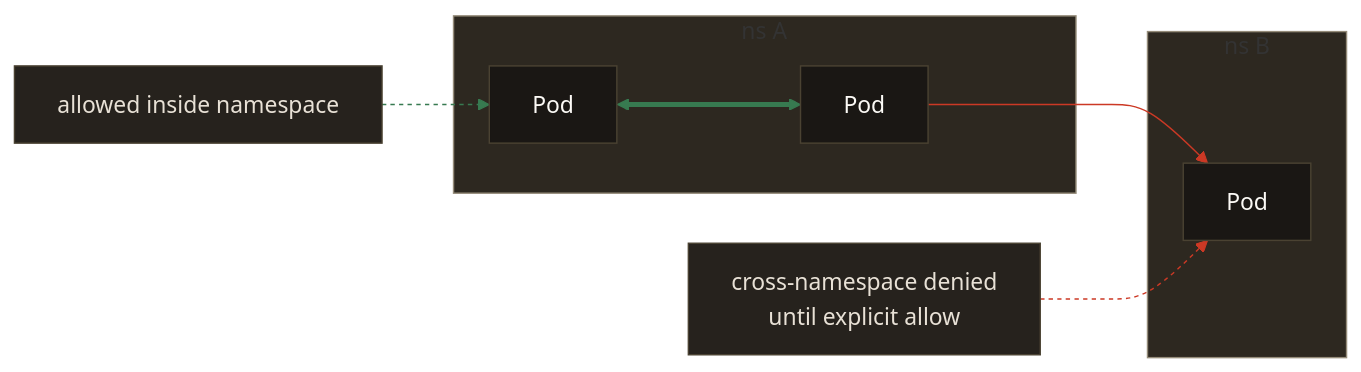
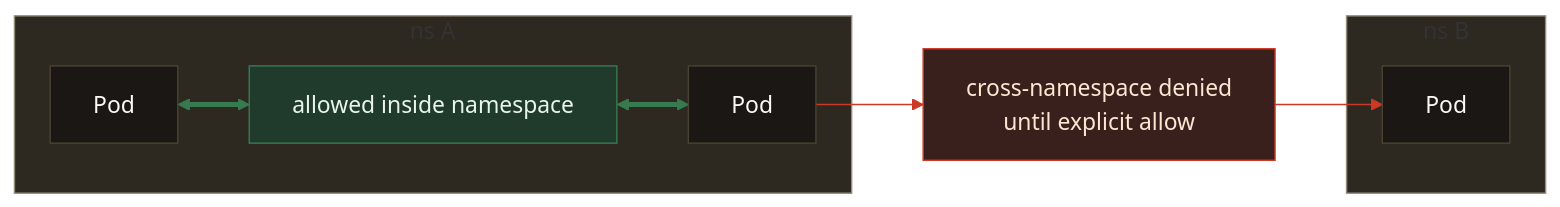
One commit to yu-min3/kensan-lab changed the second of 3 diagrams in kubernetes/network/README.md. Above: the diagram before and after it, drawn with Mermaid (forest theme). The commit also changed other lines of this file, not shown here.

Commit message:
docs: Network図の関係ラベルを中間ノード化

````diff
--- a/kubernetes/network/README.md
+++ b/kubernetes/network/README.md
@@ -66,27 +66,24 @@
 ```mermaid
 %%{init: {"flowchart": {"htmlLabels": false}} }%%
 flowchart LR
     subgraph nsA["ns A"]
-        A1[Pod] <==> A2[Pod]
+        A1[Pod] <==> AL["allowed inside namespace"] <==> A2[Pod]
     end
     subgraph nsB["ns B"]
         B1[Pod]
     end
-    A2 --> B1
-
-    AL["allowed inside namespace"]
-    DN["cross-namespace denied<br/>until explicit allow"]
-    AL -.-> A1
-    DN -.-> B1
+    A2 --> DN["cross-namespace denied<br/>until explicit allow"] --> B1
 
     style nsA fill:#2D2820,stroke:#948B79,color:#FCFAF6
     style nsB fill:#2D2820,stroke:#948B79,color:#FCFAF6
     classDef pod fill:#1A1714,stroke:#4A4232,color:#FCFAF6
-    classDef note fill:#26221D,stroke:#4A4232,color:#E8E1D6
+    classDef allowLabel fill:#203A2B,stroke:#377A50,color:#E8F5EC
+    classDef denyLabel fill:#3A201C,stroke:#CC3925,color:#FBE7D2
     class A1,A2,B1 pod
-    class AL,DN note
+    class AL allowLabel
+    class DN denyLabel
     linkStyle 0 stroke:#377A50,color:#377A50
-    linkStyle 1 stroke:#CC3925,color:#CC3925
-    linkStyle 2 stroke:#377A50,stroke-dasharray:3 3,color:#377A50
-    linkStyle 3 stroke:#CC3925,stroke-dasharray:3 3,color:#CC3925
+    linkStyle 1 stroke:#377A50,color:#377A50
+    linkStyle 2 stroke:#CC3925,color:#CC3925
+    linkStyle 3 stroke:#CC3925,color:#CC3925
 ```
````
